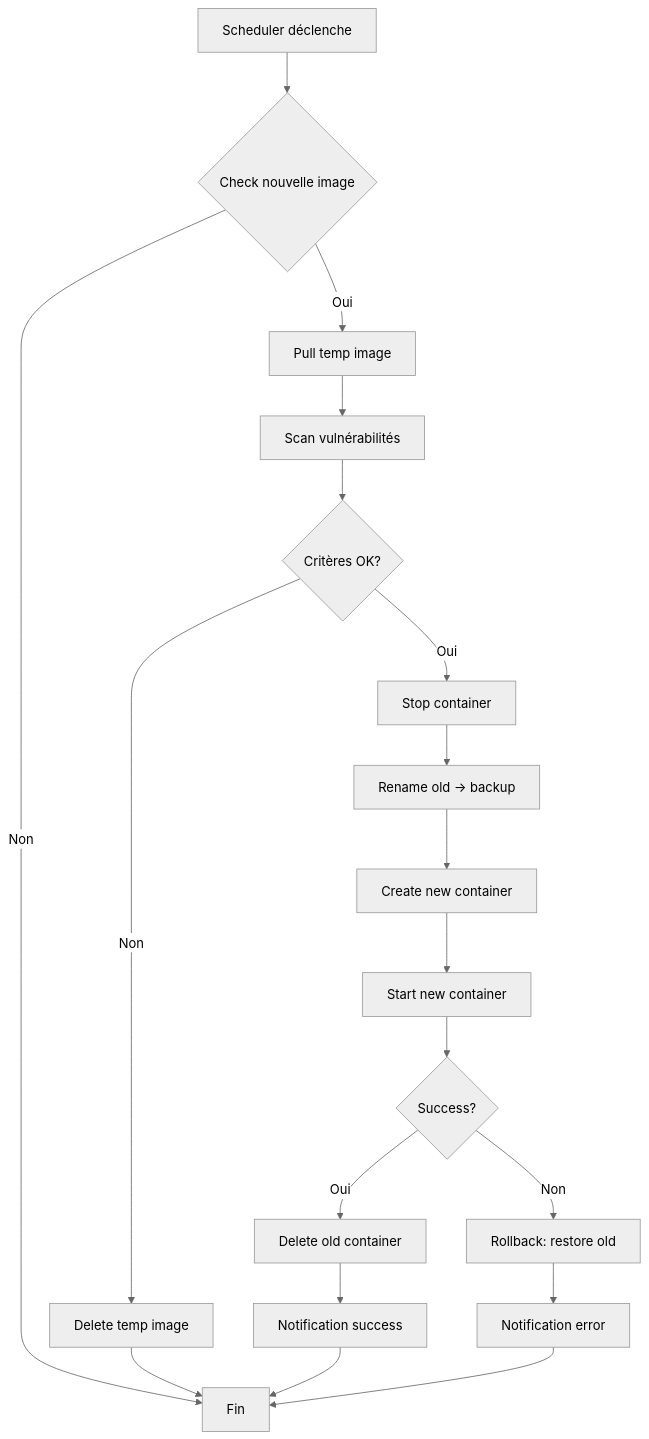
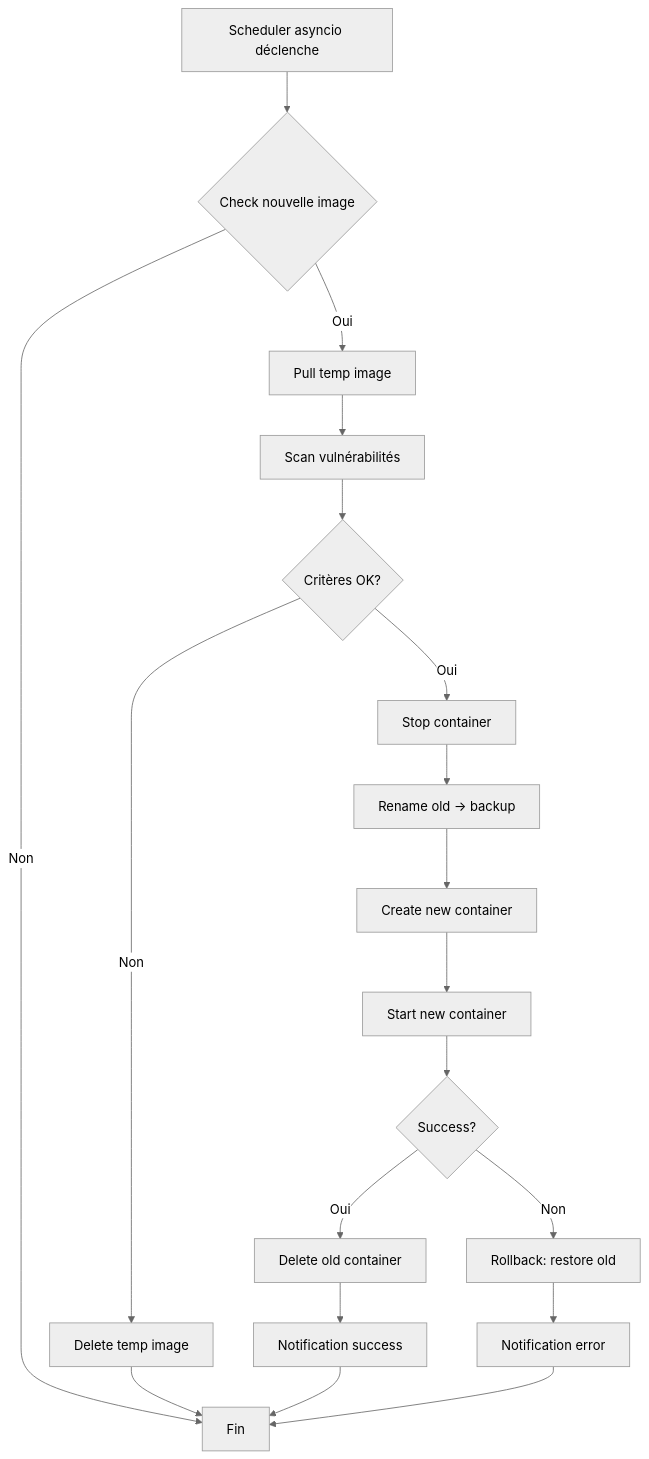
Before and after one commit to stefapi/windflow: the second of 4 diagrams in docs_windflow_simple/01-ARCHITECTURE.md, drawn with Mermaid (neutral theme). The commit also changed other lines of this file and 3 other files, not shown here.

````diff
--- a/docs_windflow_simple/01-ARCHITECTURE.md
+++ b/docs_windflow_simple/01-ARCHITECTURE.md
@@ -85,21 +85,21 @@
 ```mermaid
 flowchart TD
-    A[Scheduler déclenche] --> B{Check nouvelle image}
+    A[Scheduler asyncio déclenche] --> B{Check nouvelle image}
     B -->|Oui| C[Pull temp image]
     B -->|Non| Z[Fin]
     C --> D[Scan vulnérabilités]
     D --> E{Critères OK?}
     E -->|Oui| F[Stop container]
     E -->|Non| G[Delete temp image]
     G --> Z
     F --> H[Rename old -> backup]
     H --> I[Create new container]
     I --> J[Start new container]
     J --> K{Success?}
     K -->|Oui| L[Delete old container]
     K -->|Non| M[Rollback: restore old]
     L --> N[Notification success]
     M --> O[Notification error]
     N --> Z
     O --> Z
 ```
````
